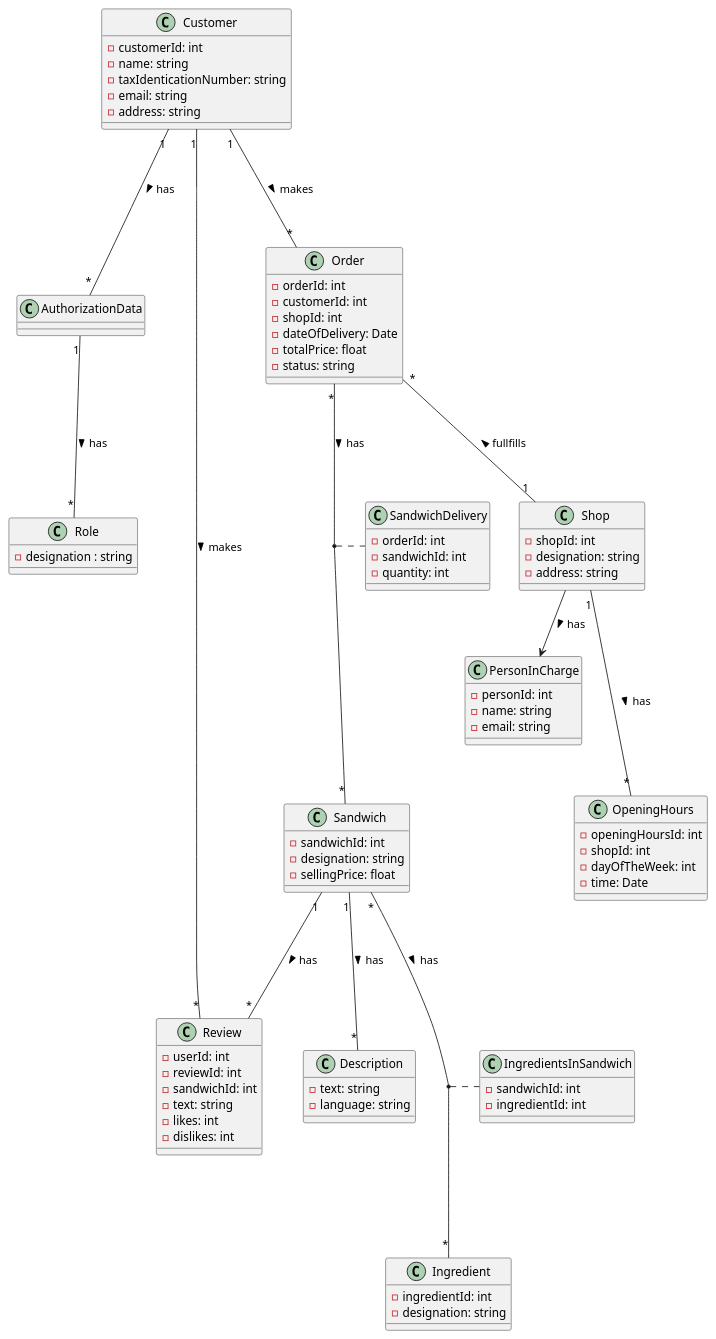
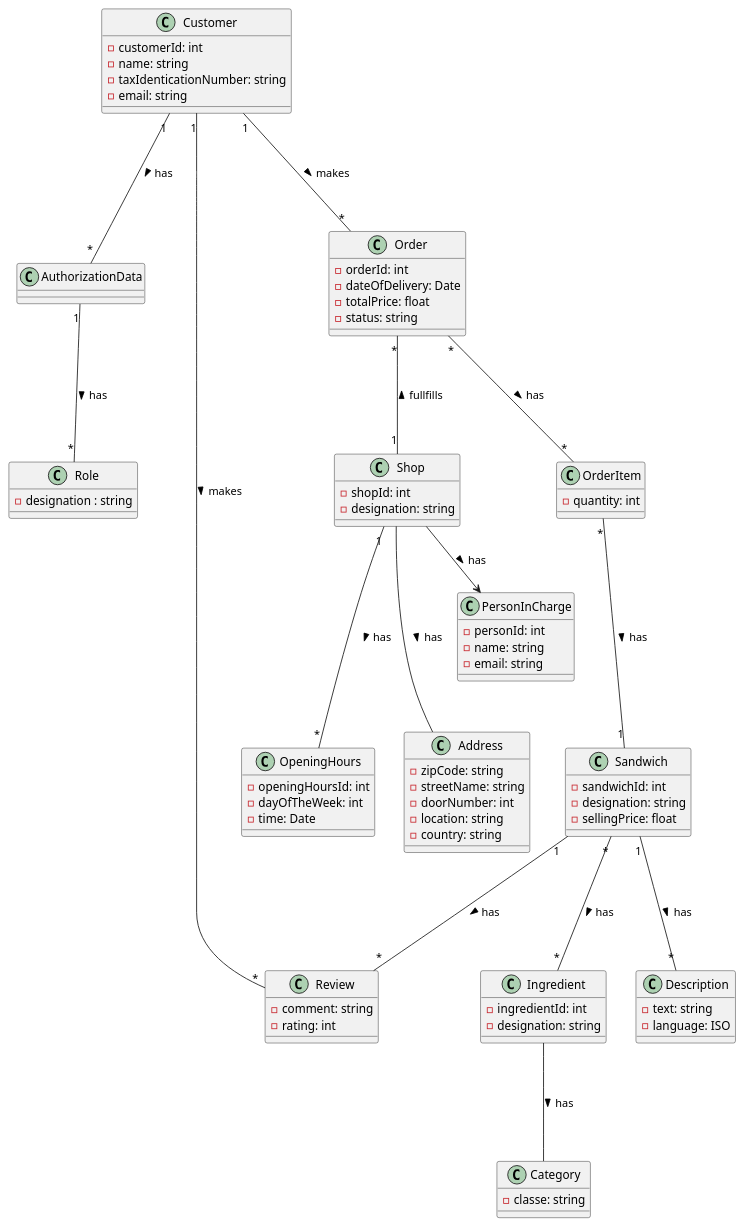
The diagram in design/domainModel.puml (TiagoNora/ballerina-project), drawn with PlantUML before and after one commit.

```diff
--- a/design/domainModel.puml
+++ b/design/domainModel.puml
@@ -1,95 +1,93 @@
 @startuml Domain Model
   class Customer {
     - customerId: int
     - name: string
     - taxIdenticationNumber: string
     - email: string
-    - address: string
+  }
+
+  class Address{
+    - zipCode: string
+    - streetName: string
+    - doorNumber: int
+    - location: string
+    - country: string
+
   }
 
   class AuthorizationData{
 
   }
 
   class Role{
     - designation : string
   }
   class Sandwich {
     - sandwichId: int
     - designation: string
     - sellingPrice: float
   }
 
   class Description{
     - text: string
-    - language: string
+    - language: ISO
   }
 
   class Ingredient {
     - ingredientId: int
     - designation: string
   }
+  class Category{
+    - classe: string
+  }
 
   class Review{
-    - userId: int
-    - reviewId: int
-    - sandwichId: int
-    - text: string
-    - likes: int
-    - dislikes: int
+    - comment: string
+    - rating: int
   }
 
   class Shop{
     - shopId: int
     - designation: string
-    - address: string
   }
 
   class PersonInCharge{
     - personId: int
     - name: string
     - email: string
   }
 
   class OpeningHours{
     - openingHoursId: int
-    - shopId: int
     - dayOfTheWeek: int
     - time: Date
   }
 
   class Order{
     - orderId: int
-    - customerId: int
-    - shopId: int
     - dateOfDelivery: Date
     - totalPrice: float
     - status: string
   }
 
-  class SandwichDelivery{
-    - orderId: int
-    - sandwichId: int
+  class OrderItem{
     - quantity: int
   }
 
-  class IngredientsInSandwich{
-    - sandwichId: int
-    - ingredientId: int
-  }
 
   Customer "1" --- "*" AuthorizationData: has >
   AuthorizationData "1" --- "*" Role: has >
   Sandwich "*" --- "*" Ingredient: has >
-  (Sandwich,Ingredient) .. IngredientsInSandwich
   Sandwich "1" --- "*" Description: has >
   Shop "1" --- "*" OpeningHours: has >
   Shop --> PersonInCharge: has >
-  Order "*" --- "*" Sandwich: has >
-  (Order, Sandwich) .. SandwichDelivery
+  Order "*" --- "*" OrderItem: has >
   Customer "1" --- "*" Order: makes >
   Customer "1" --- "*" Review: makes >
   Sandwich "1" --- "*" Review: has >
   Order "*" --- "1" Shop: fullfills <
+  Ingredient --- Category: has >
+  Shop --- Address: has >
+  OrderItem "*" --- "1" Sandwich: has >
 
 @enduml
```
